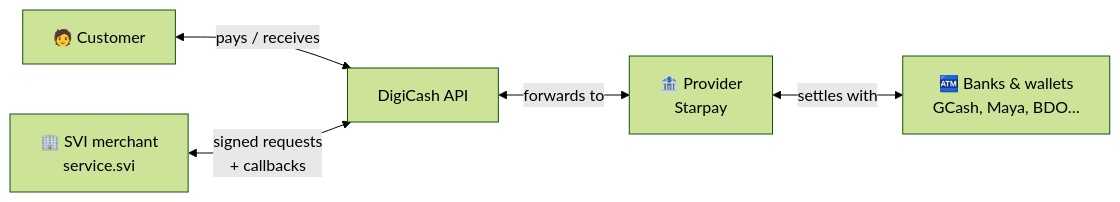
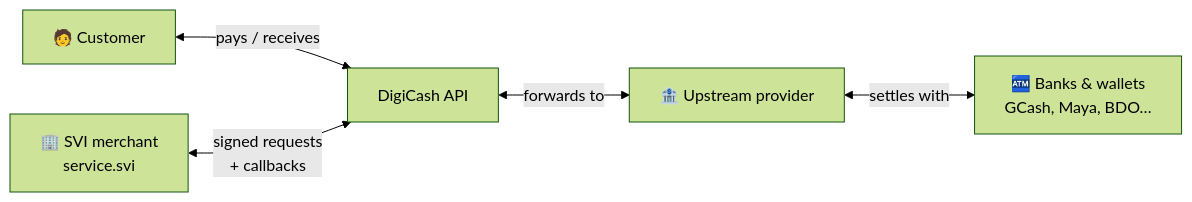
One commit to kevzo8/svi-digicash changed the first of 8 diagrams in docs/DIGICASH_API_DOCUMENTATION.md. Above: the diagram before and after it, drawn with Mermaid (forest theme). The commit also changed other lines of this file and 13 other files, not shown here.

````diff
--- a/docs/DIGICASH_API_DOCUMENTATION.md
+++ b/docs/DIGICASH_API_DOCUMENTATION.md
@@ -41,7 +42,7 @@
 ```mermaid
 flowchart LR
     C[🧑 Customer] <-->|pays / receives| D[DigiCash API]
-    D <-->|forwards to| P[🏦 Provider\nStarpay]
+    D <-->|forwards to| P[🏦 Upstream provider]
     P <-->|settles with| B[🏧 Banks & wallets\nGCash, Maya, BDO…]
     S[🏢 SVI merchant\nservice.svi] <-->|signed requests\n+ callbacks| D
 ```
````
